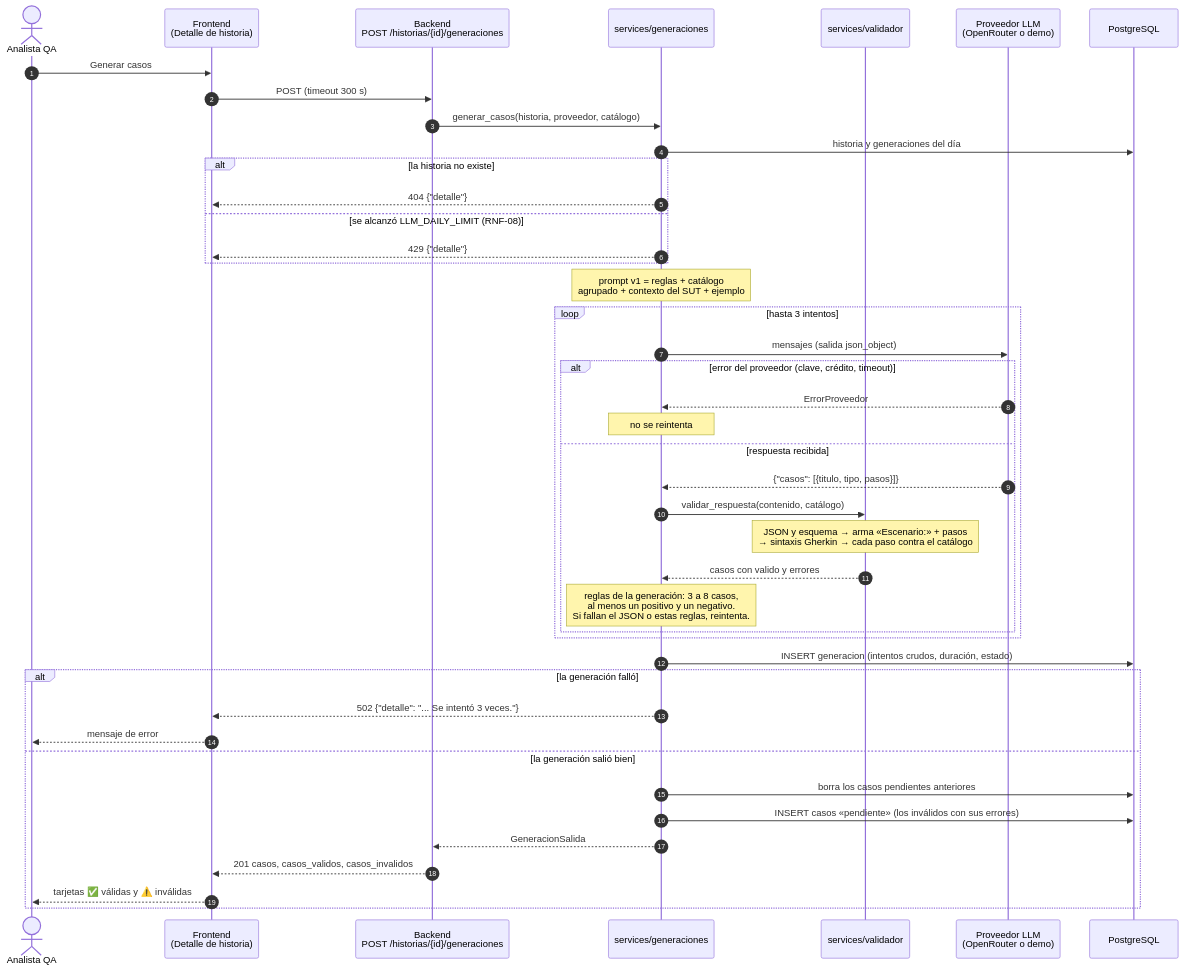
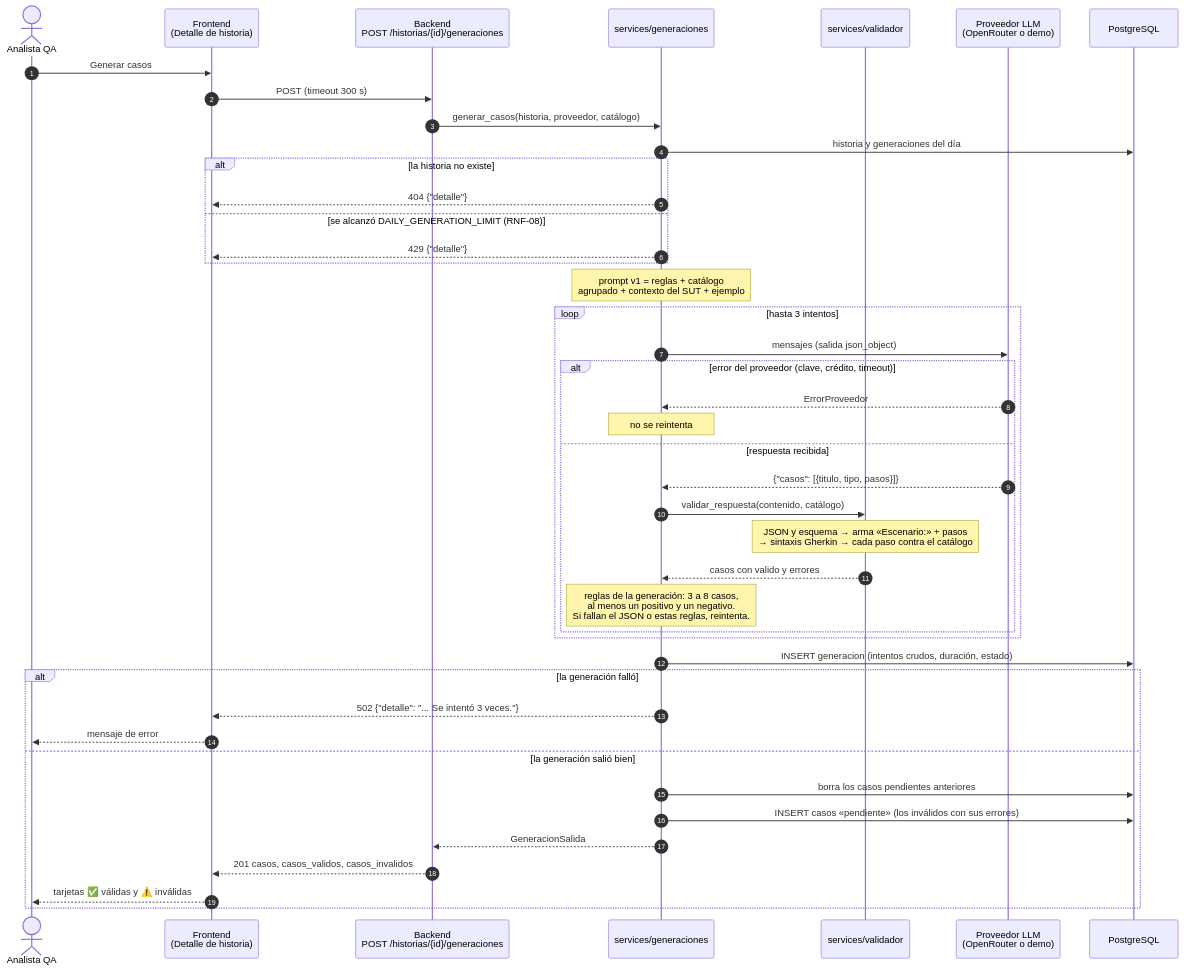
The first of 2 diagrams in docs/uml/secuencia-generacion.md (odremano/QACopilot), drawn with Mermaid before and after one commit. The commit also changed 2 other files, not shown here.

Commit message:
docs: nombre correcto de la variable del límite diario (DAILY_GENERATION_LIMIT)

````diff
--- a/docs/uml/secuencia-generacion.md
+++ b/docs/uml/secuencia-generacion.md
@@ -7,48 +7,48 @@
 ```mermaid
 sequenceDiagram
     autonumber
     actor QA as Analista QA
     participant FE as Frontend<br/>(Detalle de historia)
     participant API as Backend<br/>POST /historias/{id}/generaciones
     participant GEN as services/generaciones
     participant VAL as services/validador
     participant LLM as Proveedor LLM<br/>(OpenRouter o demo)
     participant DB as PostgreSQL
 
     QA->>FE: Generar casos
     FE->>API: POST (timeout 300 s)
     API->>GEN: generar_casos(historia, proveedor, catálogo)
     GEN->>DB: historia y generaciones del día
     alt la historia no existe
         GEN-->>FE: 404 {"detalle"}
-    else se alcanzó LLM_DAILY_LIMIT (RNF-08)
+    else se alcanzó DAILY_GENERATION_LIMIT (RNF-08)
         GEN-->>FE: 429 {"detalle"}
     end
     Note over GEN: prompt v1 = reglas + catálogo<br/>agrupado + contexto del SUT + ejemplo
 
     loop hasta 3 intentos
         GEN->>LLM: mensajes (salida json_object)
         alt error del proveedor (clave, crédito, timeout)
             LLM-->>GEN: ErrorProveedor
             Note over GEN: no se reintenta
         else respuesta recibida
             LLM-->>GEN: {"casos": [{titulo, tipo, pasos}]}
             GEN->>VAL: validar_respuesta(contenido, catálogo)
             Note over VAL: JSON y esquema → arma «Escenario:» + pasos<br/>→ sintaxis Gherkin → cada paso contra el catálogo
             VAL-->>GEN: casos con valido y errores
             Note over GEN: reglas de la generación: 3 a 8 casos,<br/>al menos un positivo y un negativo.<br/>Si fallan el JSON o estas reglas, reintenta.
         end
     end
 
     GEN->>DB: INSERT generacion (intentos crudos, duración, estado)
     alt la generación falló
         GEN-->>FE: 502 {"detalle": "... Se intentó 3 veces."}
         FE-->>QA: mensaje de error
     else la generación salió bien
         GEN->>DB: borra los casos pendientes anteriores
         GEN->>DB: INSERT casos «pendiente» (los inválidos con sus errores)
         GEN-->>API: GeneracionSalida
         API-->>FE: 201 casos, casos_validos, casos_invalidos
         FE-->>QA: tarjetas ✅ válidas y ⚠️ inválidas
     end
 ```
````
